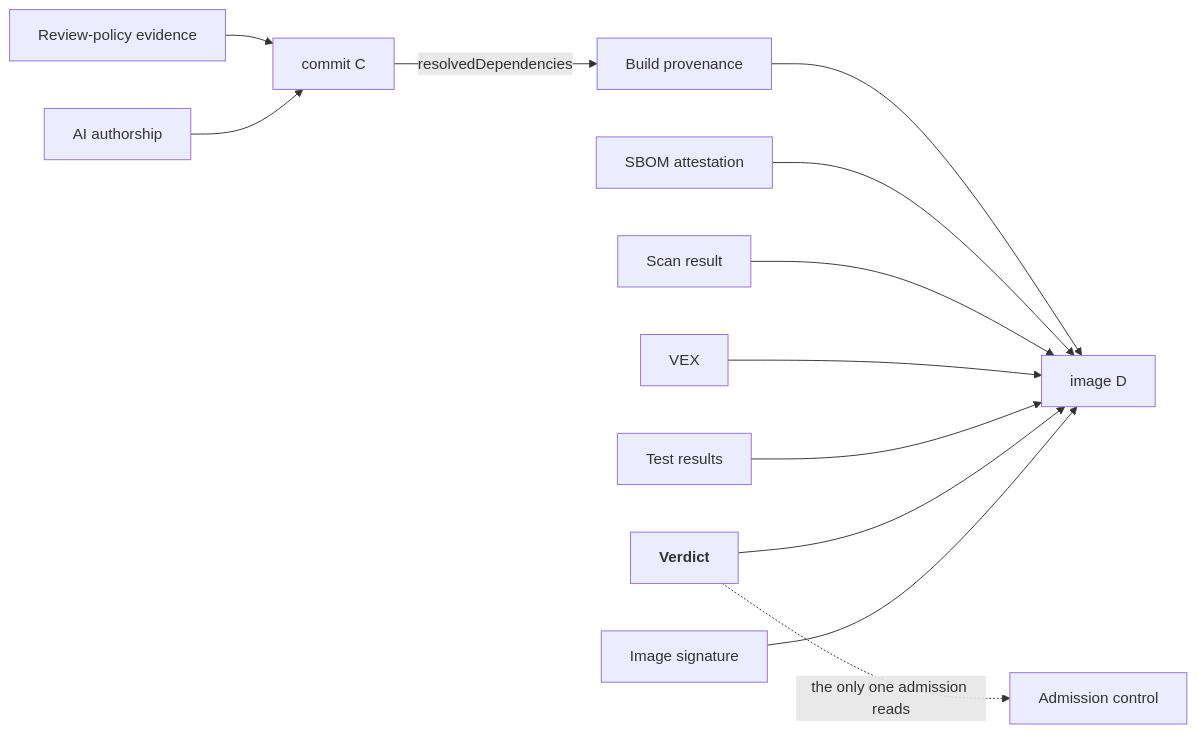
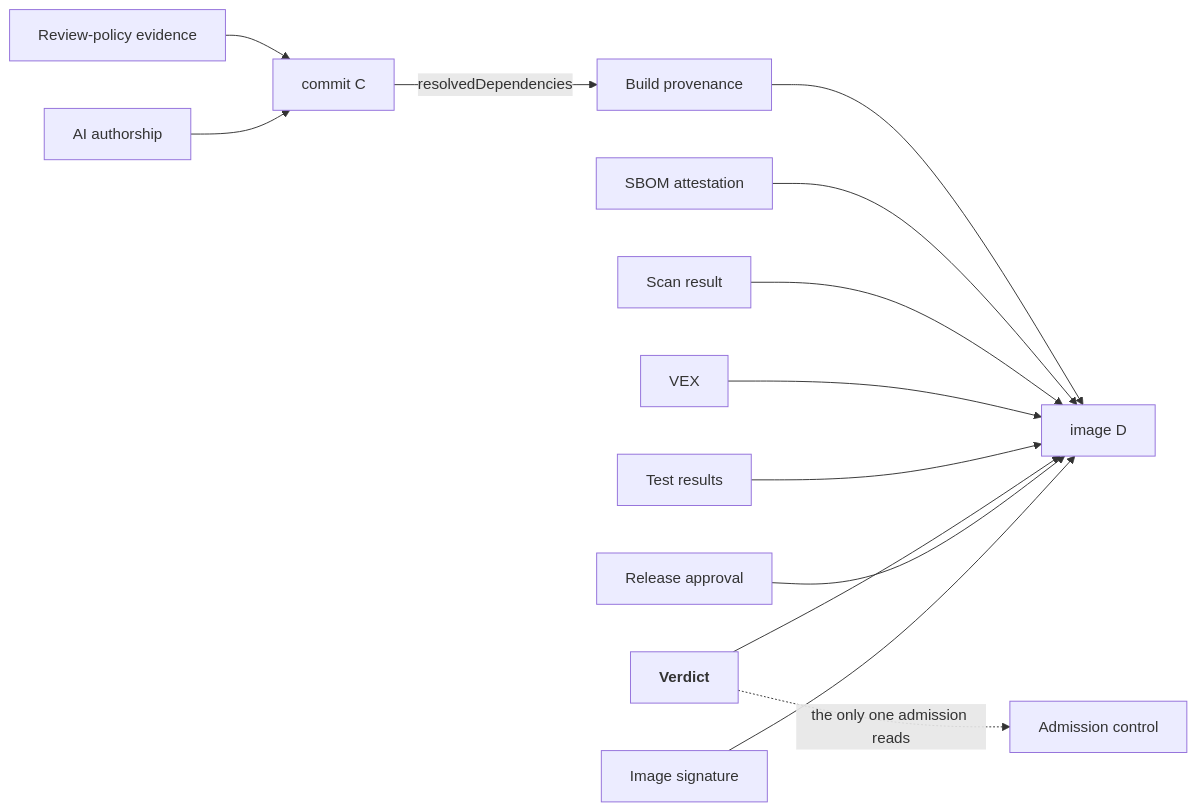
Before and after one commit to iamtgray/software-factory: the diagram in docs/example/connected.md, drawn with Mermaid. The commit also changed other lines of this file and 35 other files, not shown here.

````diff
--- a/docs/example/connected.md
+++ b/docs/example/connected.md
@@ -144,14 +144,15 @@
 ```mermaid
 graph LR
     C[commit C] -->|resolvedDependencies| P[Build provenance]
     P --> D[image D]
     S[SBOM attestation] --> D
     V[Scan result] --> D
     X[VEX] --> D
     T[Test results] --> D
     R[Review-policy evidence] --> C
     A[AI authorship] --> C
     G[<b>Verdict</b>] --> D
+    RA[Release approval] --> D
     L[Image signature] --> D
     G -.->|the only one admission reads| ADM[Admission control]
 ```
````
